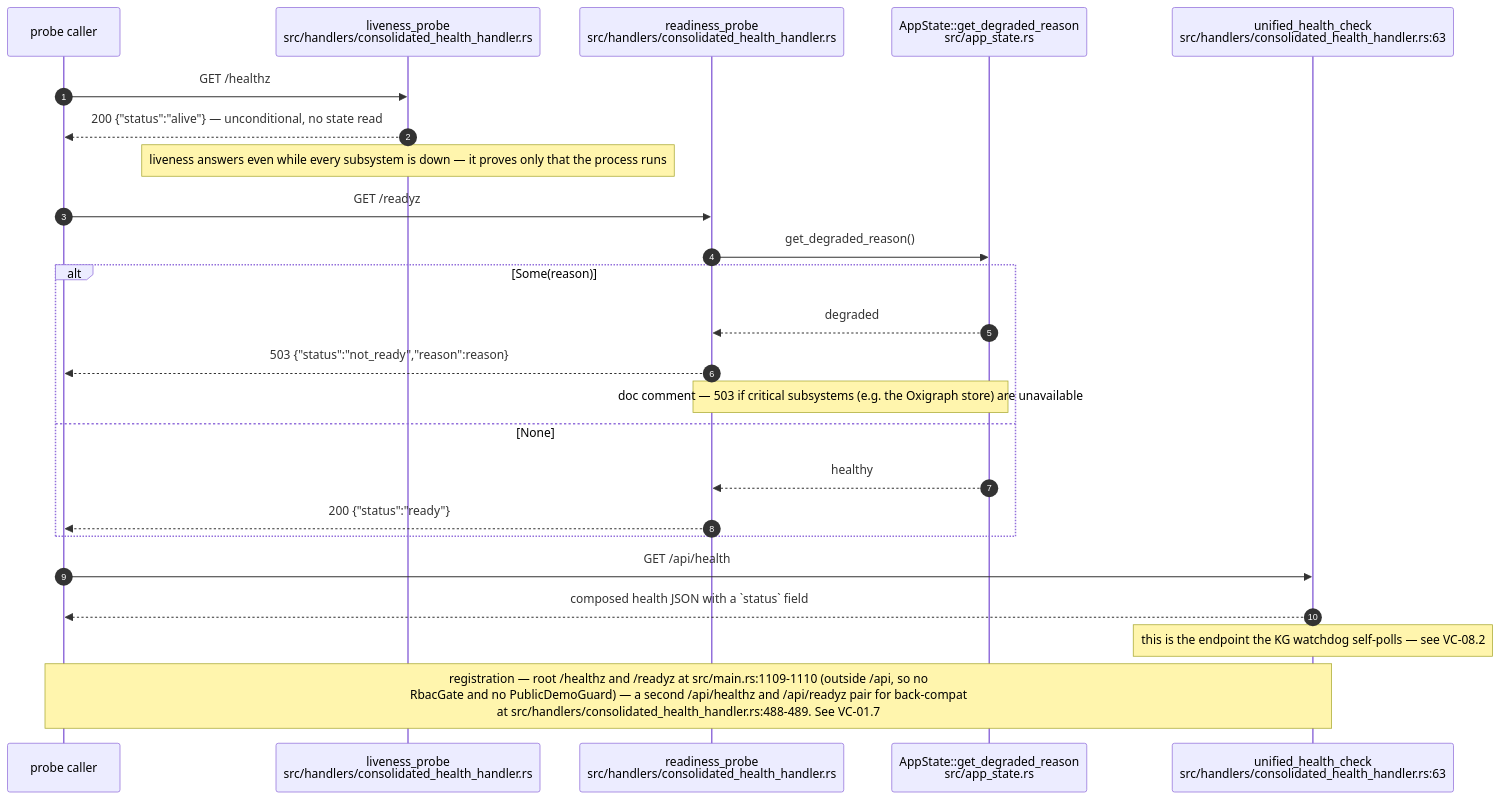
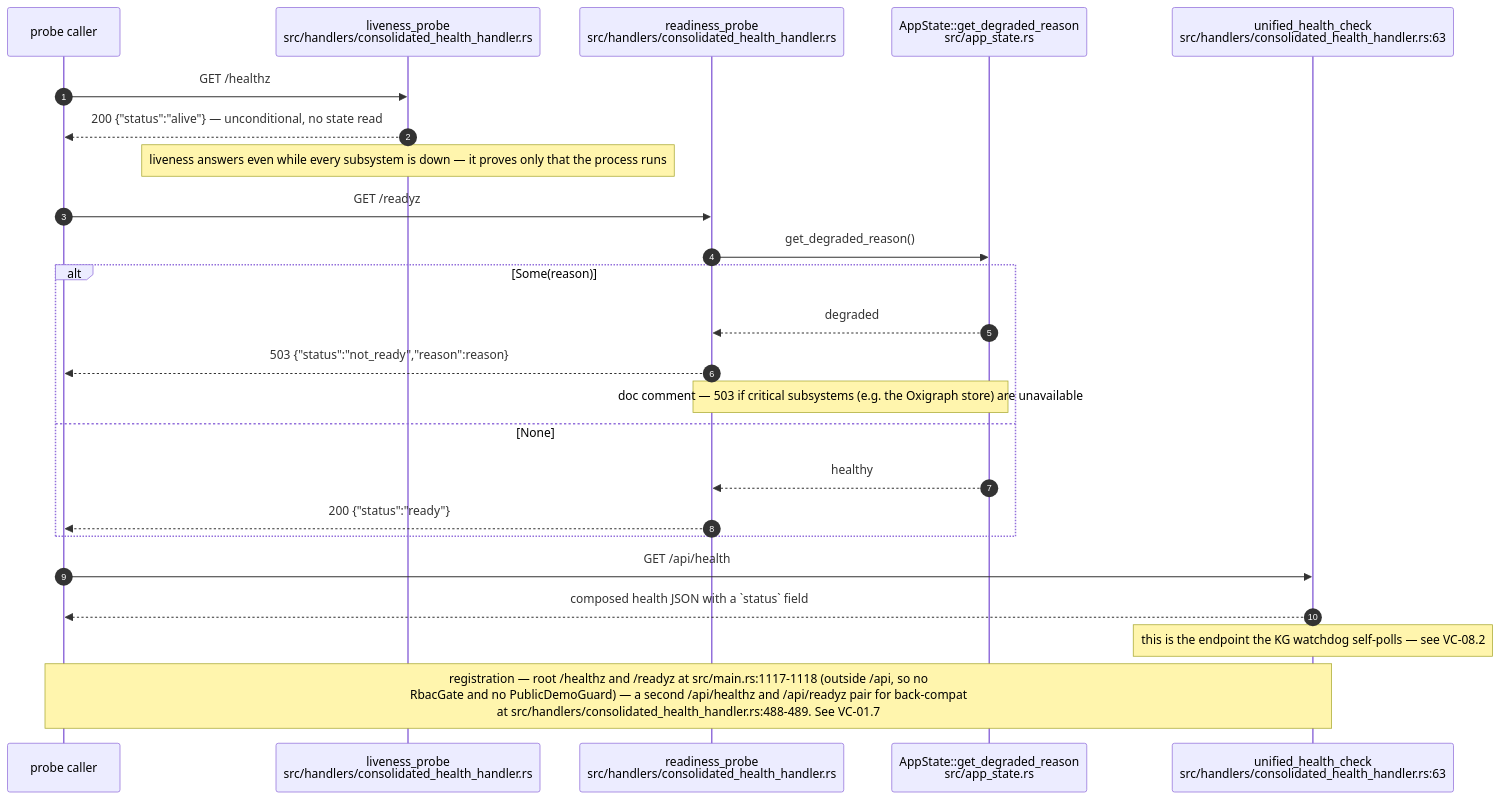
One commit to DreamLab-AI/VisionFlow changed the first of 9 diagrams in docs/diagrams/visionclaw/08-observability-health-and-dev-loop.md. Above: the diagram before and after it, drawn with Mermaid. The commit also changed other lines of this file and 56 other files, not shown here.

First line of the commit message:
docs(diagrams): re-verify VisionClaw topics at ec785afa9, add VC-19/56/57 and the VisionClaw register

````diff
--- a/docs/diagrams/visionclaw/08-observability-health-and-dev-loop.md
+++ b/docs/diagrams/visionclaw/08-observability-health-and-dev-loop.md
@@ -39,27 +47,27 @@
 ```mermaid
 sequenceDiagram
     autonumber
     participant K as probe caller
     participant L as liveness_probe<br/>src/handlers/consolidated_health_handler.rs
     participant R as readiness_probe<br/>src/handlers/consolidated_health_handler.rs
     participant AS as AppState::get_degraded_reason<br/>src/app_state.rs
     participant U as unified_health_check<br/>src/handlers/consolidated_health_handler.rs:63
 
     K->>L: GET /healthz
     L-->>K: 200 {"status":"alive"} — unconditional, no state read
     Note over L: liveness answers even while every subsystem is down — it proves only that the process runs
     K->>R: GET /readyz
     R->>AS: get_degraded_reason()
     alt Some(reason)
         AS-->>R: degraded
         R-->>K: 503 {"status":"not_ready","reason":reason}
         Note over R,AS: doc comment — 503 if critical subsystems (e.g. the Oxigraph store) are unavailable
     else None
         AS-->>R: healthy
         R-->>K: 200 {"status":"ready"}
     end
     K->>U: GET /api/health
     U-->>K: composed health JSON with a `status` field
     Note over U: this is the endpoint the KG watchdog self-polls — see VC-08.2
-    Note over K,U: registration — root /healthz and /readyz at src/main.rs:1109-1110 (outside /api, so no<br/>RbacGate and no PublicDemoGuard) — a second /api/healthz and /api/readyz pair for back-compat<br/>at src/handlers/consolidated_health_handler.rs:488-489. See VC-01.7
+    Note over K,U: registration — root /healthz and /readyz at src/main.rs:1117-1118 (outside /api, so no<br/>RbacGate and no PublicDemoGuard) — a second /api/healthz and /api/readyz pair for back-compat<br/>at src/handlers/consolidated_health_handler.rs:488-489. See VC-01.7
 ```
````
